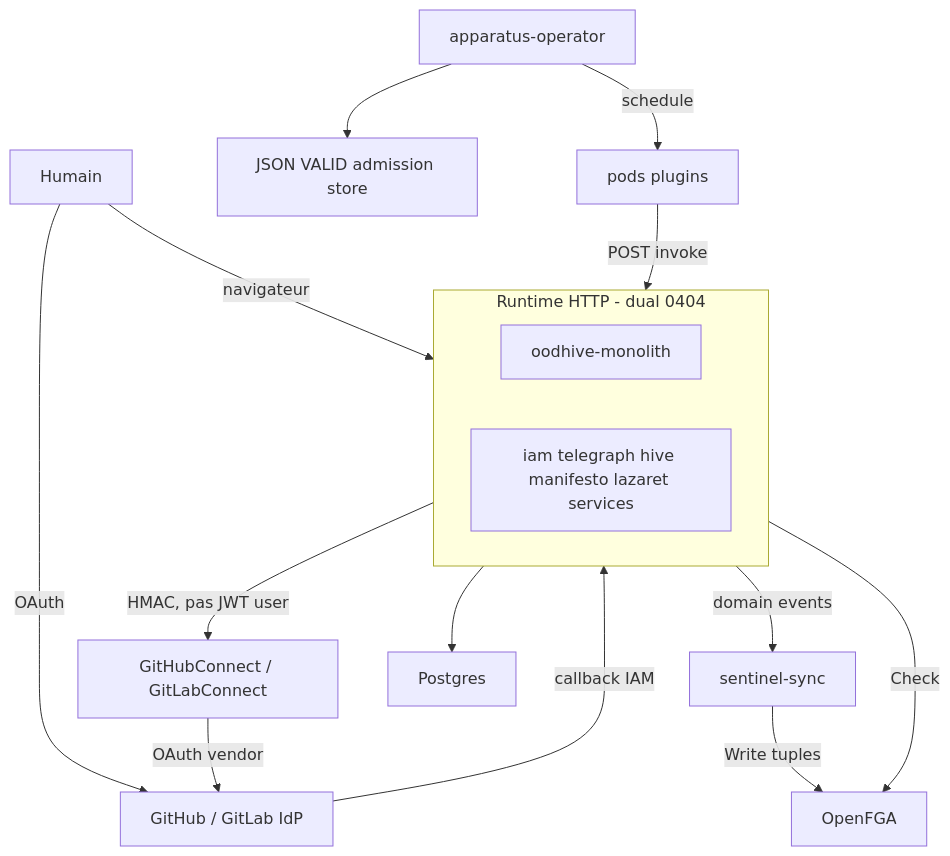
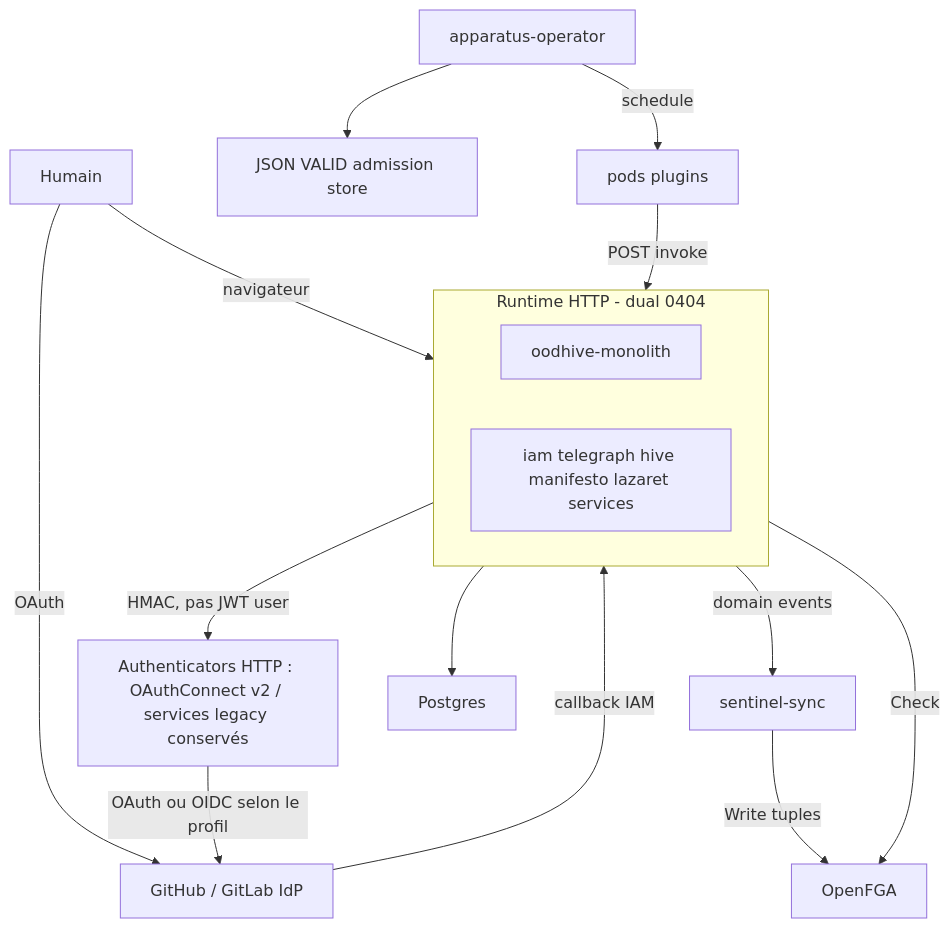
Before and after one commit to Djoe-Denne/IAMRusty: the diagram in docs/architecture/README.md, drawn with Mermaid. The commit also changed other lines of this file and 36 other files, not shown here.

````diff
--- a/docs/architecture/README.md
+++ b/docs/architecture/README.md
@@ -33,28 +35,28 @@
 ```mermaid
 flowchart TB
   Human["Humain"]
   VendorIdP["GitHub / GitLab IdP"]
   subgraph httpRuntime["Runtime HTTP - dual 0404"]
     Monolith["oodhive-monolith"]
     Standalones["iam telegraph hive manifesto lazaret services"]
   end
-  Connectors["GitHubConnect / GitLabConnect"]
+  Connectors["Authenticators HTTP : OAuthConnect v2 / services legacy conservés"]
   Operator["apparatus-operator"]
   AdmitStore["JSON VALID admission store"]
   Plugins["pods plugins"]
   Sentinel["sentinel-sync"]
   OpenFGA["OpenFGA"]
   Postgres["Postgres"]
   Human -->|"navigateur"| httpRuntime
   Human -->|"OAuth"| VendorIdP
   VendorIdP -->|"callback IAM"| httpRuntime
   httpRuntime -->|"HMAC, pas JWT user"| Connectors
-  Connectors -->|"OAuth vendor"| VendorIdP
+  Connectors -->|"OAuth ou OIDC selon le profil"| VendorIdP
   httpRuntime --> Postgres
   httpRuntime -->|"Check"| OpenFGA
   httpRuntime -->|"domain events"| Sentinel
   Sentinel -->|"Write tuples"| OpenFGA
   Operator -->|"schedule"| Plugins
   Plugins -->|"POST invoke"| httpRuntime
   Operator --> AdmitStore
 ```
````
